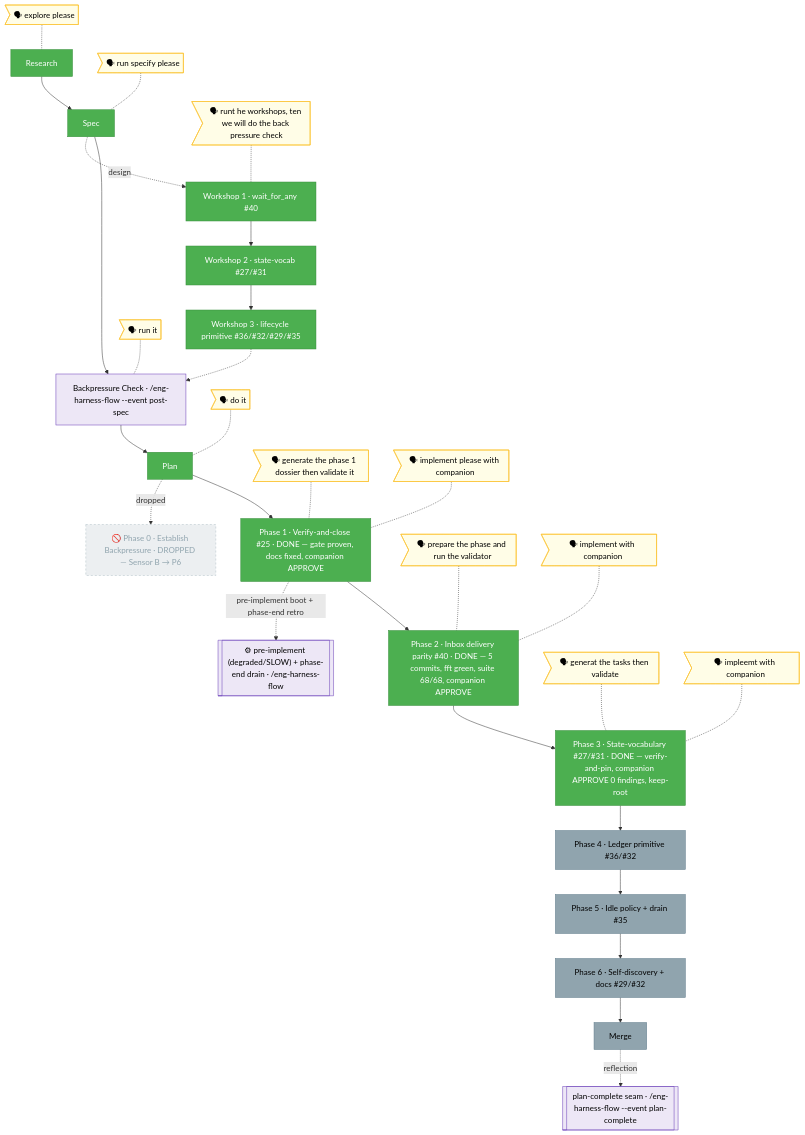
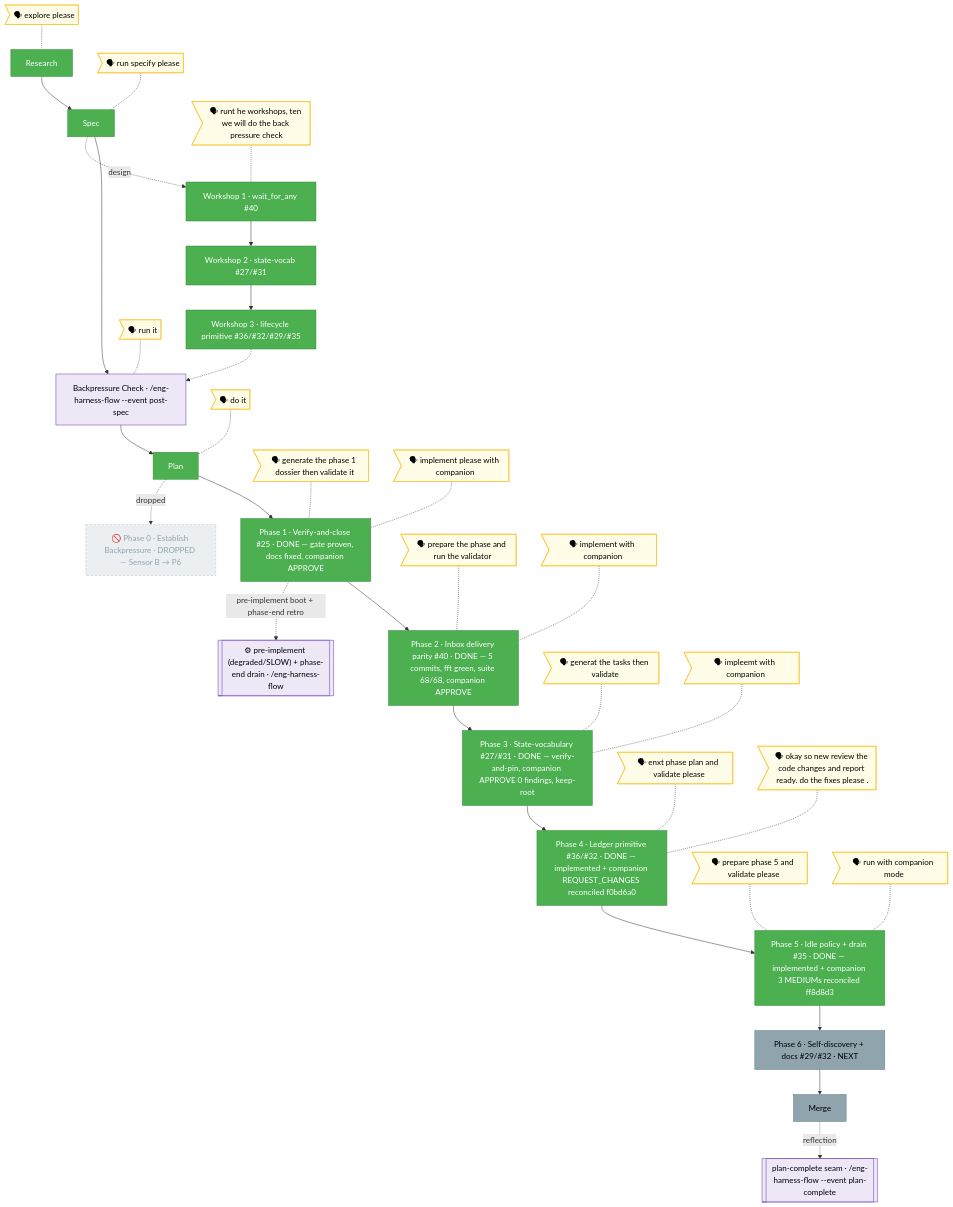
Before and after one commit to AI-Substrate/minih: the diagram in docs/plans/027-companion-coordination/the-flow.md, drawn with Mermaid. The commit also changed other lines of this file and 2 other files, not shown here.

Commit message:
chore(the-flow): reconcile flight plan — Phase 5 DONE, advance to awaiting-6 (027)
Guided-mode bookkeeping: p5 in_progress→done (implemented + companion 3 MEDIUMs
reconciled), cursor/now/next → p6, milestones_done 7→8, current_stage awaiting-6,
pending_command → Phase 6 tasks. the-flow.md regenerated (rail, P5 node, UP5b
bubble, footer). Carried-forward gap (evaluateIdlePolicy unwired) recorded.

````diff
--- a/docs/plans/027-companion-coordination/the-flow.md
+++ b/docs/plans/027-companion-coordination/the-flow.md
@@ -7,56 +7,64 @@
 ```mermaid
 flowchart TD
     classDef done    fill:#4CAF50,stroke:#388E3C,color:#fff
     classDef wip     fill:#FF9800,stroke:#F57C00,color:#000
     classDef blocked fill:#F44336,stroke:#D32F2F,color:#fff
     classDef known   fill:#90A4AE,stroke:#607D8B,color:#000
     classDef assumed fill:#ECEFF1,stroke:#B0BEC5,color:#90A4AE,stroke-dasharray:4 4
     classDef said    fill:#FFFDE7,stroke:#FBC02D,color:#000
     classDef harness fill:#EDE7F6,stroke:#673AB7,color:#000
 
     %% ── spine; post-spec Backpressure Check sits between Spec and Plan ──
     R[Research]:::done --> S[Spec]:::done
     S --> BP["Backpressure Check · /eng-harness-flow --event post-spec"]:::harness --> PL[Plan]:::done
     PL --> P1[Phase 1 · Verify-and-close #25 · DONE — gate proven, docs fixed, companion APPROVE]:::done
     PL -.->|dropped| P0["🚫 Phase 0 · Establish Backpressure · DROPPED — Sensor B → P6"]:::assumed
     P1 --> P2[Phase 2 · Inbox delivery parity #40 · DONE — 5 commits, fft green, suite 68/68, companion APPROVE]:::done
     P2 --> P3[Phase 3 · State-vocabulary #27/#31 · DONE — verify-and-pin, companion APPROVE 0 findings, keep-root]:::done
-    P3 --> P4[Phase 4 · Ledger primitive #36/#32]:::known
-    P4 --> P5[Phase 5 · Idle policy + drain #35]:::known
-    P5 --> P6[Phase 6 · Self-discovery + docs #29/#32]:::known
+    P3 --> P4[Phase 4 · Ledger primitive #36/#32 · DONE — implemented + companion REQUEST_CHANGES reconciled f0bd6a0]:::done
+    P4 --> P5[Phase 5 · Idle policy + drain #35 · DONE — implemented + companion 3 MEDIUMs reconciled ff8d8d3]:::done
+    P5 --> P6[Phase 6 · Self-discovery + docs #29/#32 · NEXT]:::known
     P6 --> M[Merge]:::known
 
     %% ── excursions: each workshop is its own node ──
     S -.->|design| W1[Workshop 1 · wait_for_any #40]:::done
     W1 --> W2[Workshop 2 · state-vocab #27/#31]:::done
     W2 --> W3[Workshop 3 · lifecycle primitive #36/#32/#29/#35]:::done
     W3 -.-> BP
 
     %% ── harness seams (router installed) ──
     P1 -.->|pre-implement boot + phase-end retro| HS1[["⚙ pre-implement (degraded/SLOW) + phase-end drain · /eng-harness-flow"]]:::harness
     M -.->|reflection| HH[["plan-complete seam · /eng-harness-flow --event plan-complete"]]:::harness
 
     %% ── verbatim user-said bubbles ──
     UR>"🗣 explore please"]:::said
     UR -.- R
     US>"🗣 run specify please"]:::said
     US -.- S
     U1>"🗣 runt he workshops, ten we will do the back pressure check"]:::said
     U1 -.- W1
     UBP>"🗣 run it"]:::said
     UBP -.- BP
     UPL>"🗣 do it"]:::said
     UPL -.- PL
     UP1a>"🗣 generate the phase 1 dossier then validate it"]:::said
     UP1a -.- P1
     UP1b>"🗣 implement please with companion"]:::said
     UP1b -.- P1
     UP2a>"🗣 prepare the phase and run the validator"]:::said
     UP2a -.- P2
     UP2b>"🗣 implement with companion"]:::said
     UP2b -.- P2
     UP3a>"🗣 generat the tasks then validate"]:::said
     UP3a -.- P3
     UP3b>"🗣 impleemt with companion"]:::said
     UP3b -.- P3
+    UP4a>"🗣 enxt phase plan and validate please"]:::said
+    UP4a -.- P4
+    UP4b>"🗣 okay so new review the code changes and report ready. do the fixes please ."]:::said
+    UP4b -.- P4
+    UP5a>"🗣 prepare phase 5 and validate please"]:::said
+    UP5a -.- P5
+    UP5b>"🗣 run with companion mode"]:::said
+    UP5b -.- P5
 ```
````
